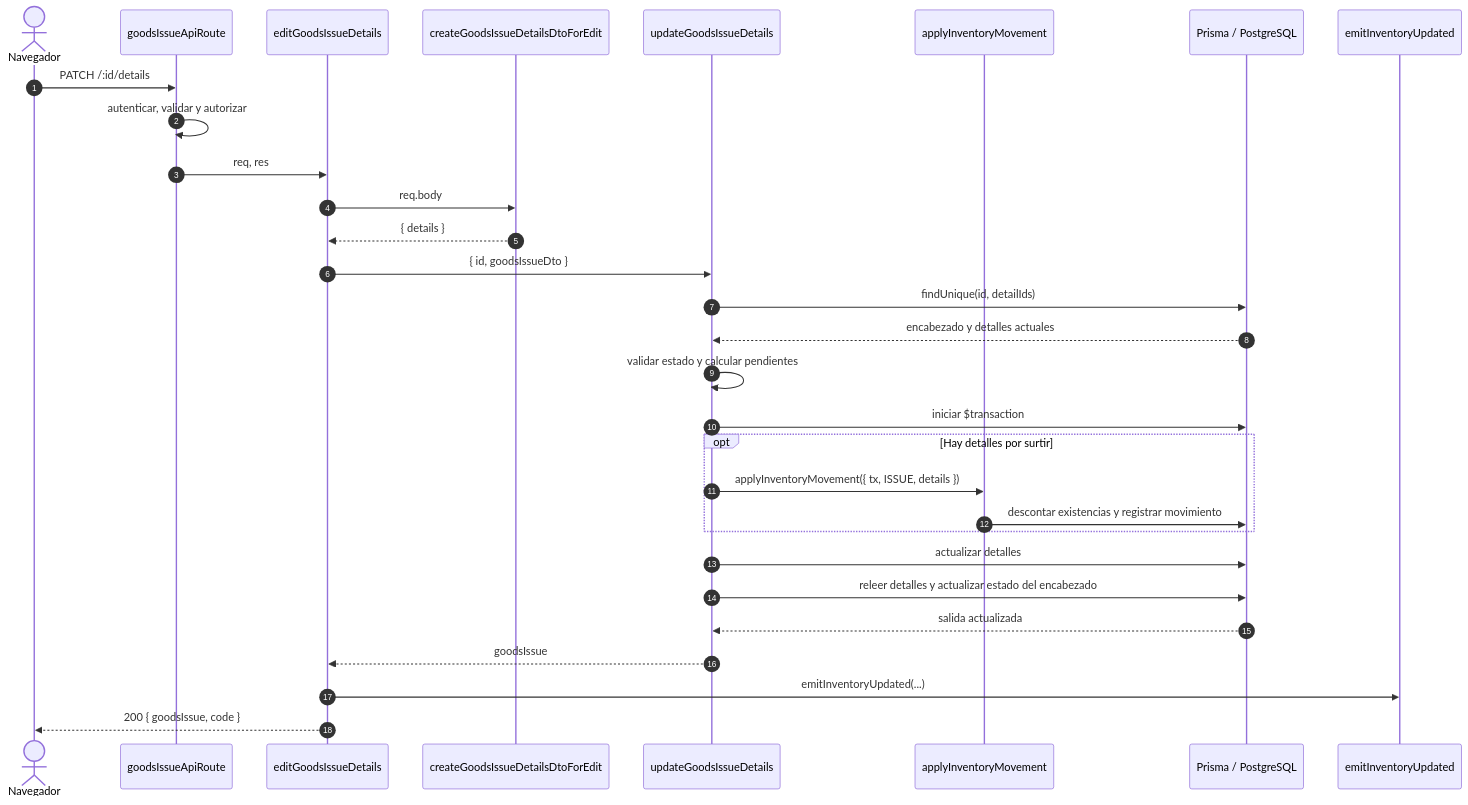
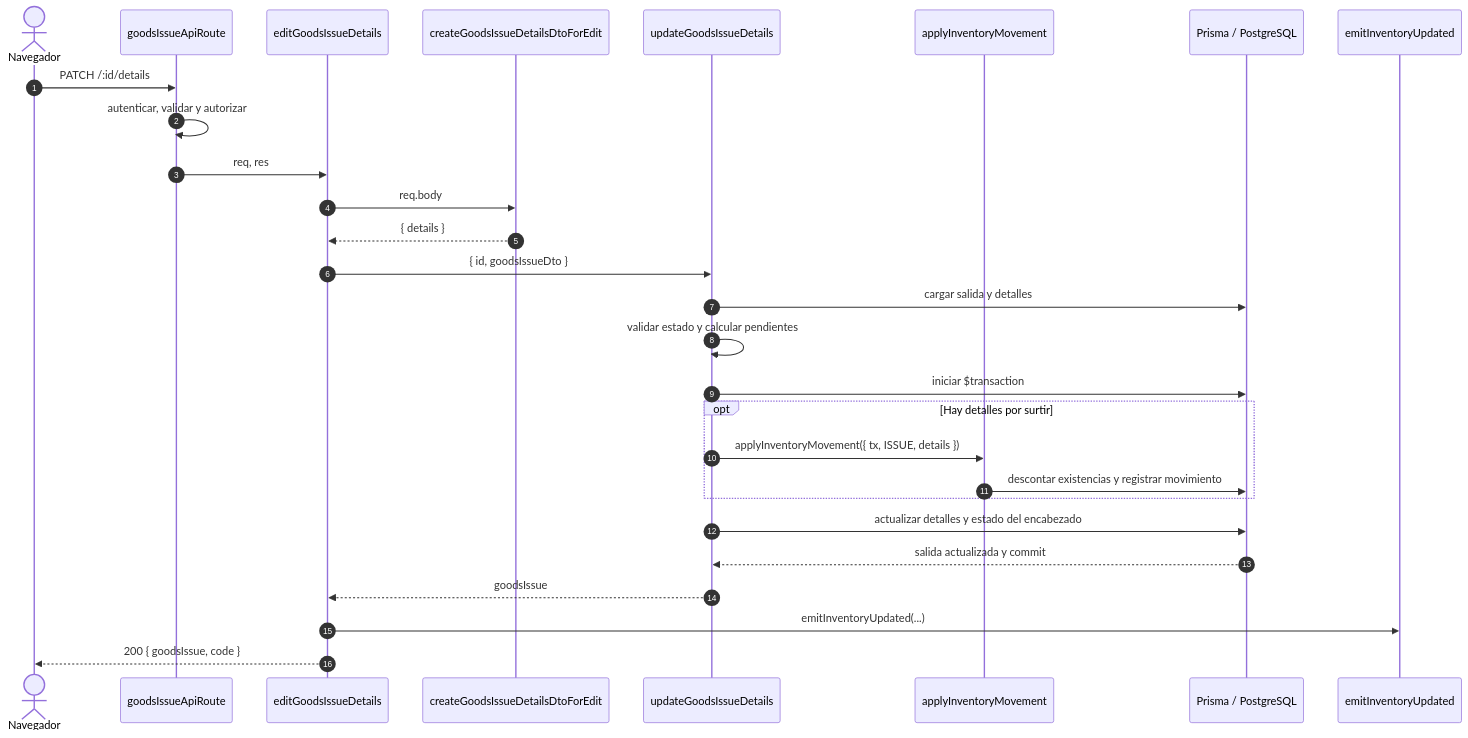
Before and after one commit to gpgsistemas01/nexus: the third of 4 diagrams in docs/architecture/backend-technical-documentation.md, drawn with Mermaid. The commit also changed other lines of this file and 1 other file, not shown here.

````diff
--- a/docs/architecture/backend-technical-documentation.md
+++ b/docs/architecture/backend-technical-documentation.md
@@ -206,33 +183,31 @@
 ```mermaid
 sequenceDiagram
     autonumber
     actor Browser as Navegador
     participant Router as goodsIssueApiRoute
     participant Controller as editGoodsIssueDetails
     participant DTO as createGoodsIssueDetailsDtoForEdit
     participant Service as updateGoodsIssueDetails
     participant Inventory as applyInventoryMovement
     participant Prisma as Prisma / PostgreSQL
     participant Socket as emitInventoryUpdated
 
     Browser->>Router: PATCH /:id/details
     Router->>Router: autenticar, validar y autorizar
     Router->>Controller: req, res
     Controller->>DTO: req.body
     DTO-->>Controller: { details }
     Controller->>Service: { id, goodsIssueDto }
-    Service->>Prisma: findUnique(id, detailIds)
-    Prisma-->>Service: encabezado y detalles actuales
+    Service->>Prisma: cargar salida y detalles
     Service->>Service: validar estado y calcular pendientes
     Service->>Prisma: iniciar $transaction
     opt Hay detalles por surtir
         Service->>Inventory: applyInventoryMovement({ tx, ISSUE, details })
         Inventory->>Prisma: descontar existencias y registrar movimiento
     end
-    Service->>Prisma: actualizar detalles
-    Service->>Prisma: releer detalles y actualizar estado del encabezado
-    Prisma-->>Service: salida actualizada
+    Service->>Prisma: actualizar detalles y estado del encabezado
+    Prisma-->>Service: salida actualizada y commit
     Service-->>Controller: goodsIssue
     Controller->>Socket: emitInventoryUpdated(...)
     Controller-->>Browser: 200 { goodsIssue, code }
 ```
````
